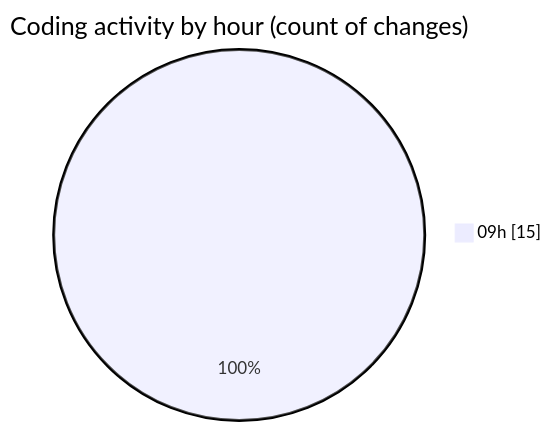
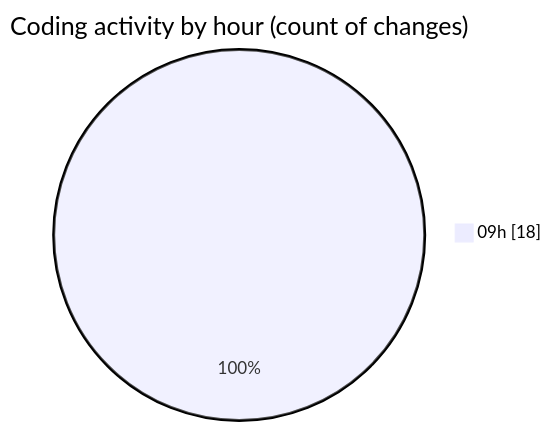
The second of 2 diagrams in 2025-01-10/nueva_carpeta/README.md (LanceThiago/code-tracking), drawn with Mermaid before and after one commit. The commit also changed other lines of this file and 1 other file, not shown here.

````diff
--- a/2025-01-10/nueva_carpeta/README.md
+++ b/2025-01-10/nueva_carpeta/README.md
@@ -28,5 +28,5 @@
 ```mermaid
 pie showData
 title Coding activity by hour (count of changes)
-"09h" : 15
+"09h" : 18
 ```
````
